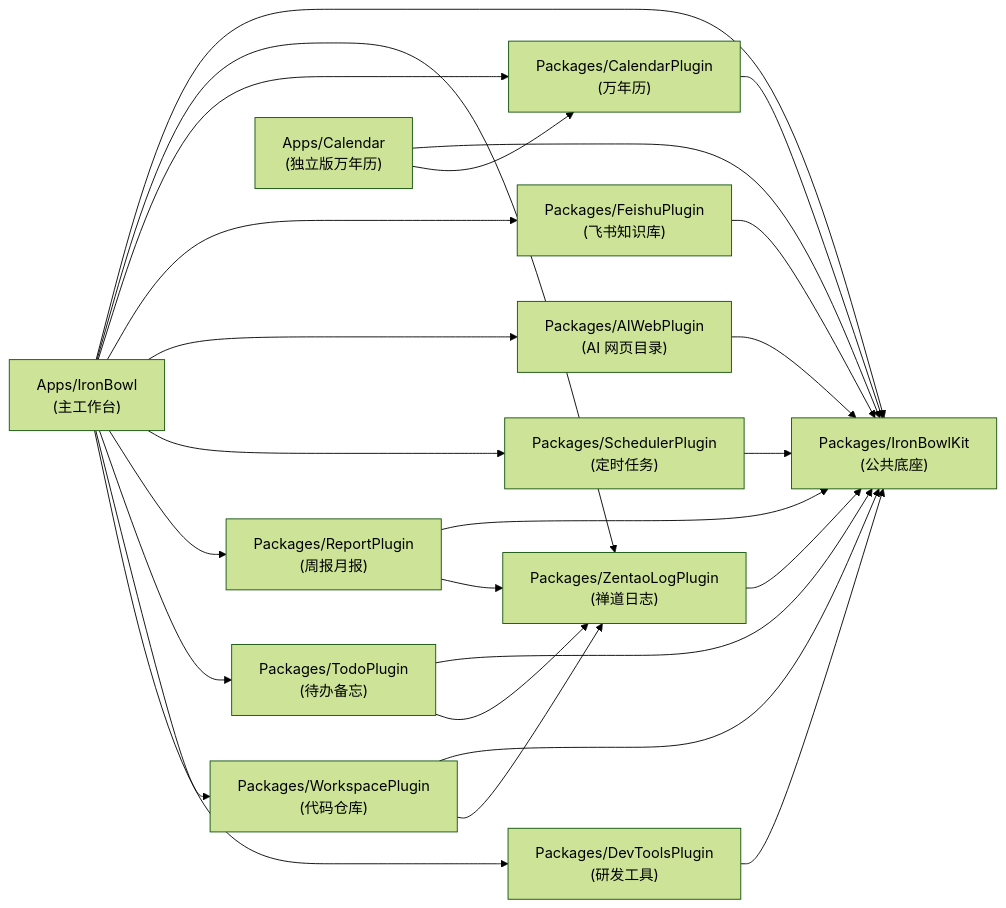
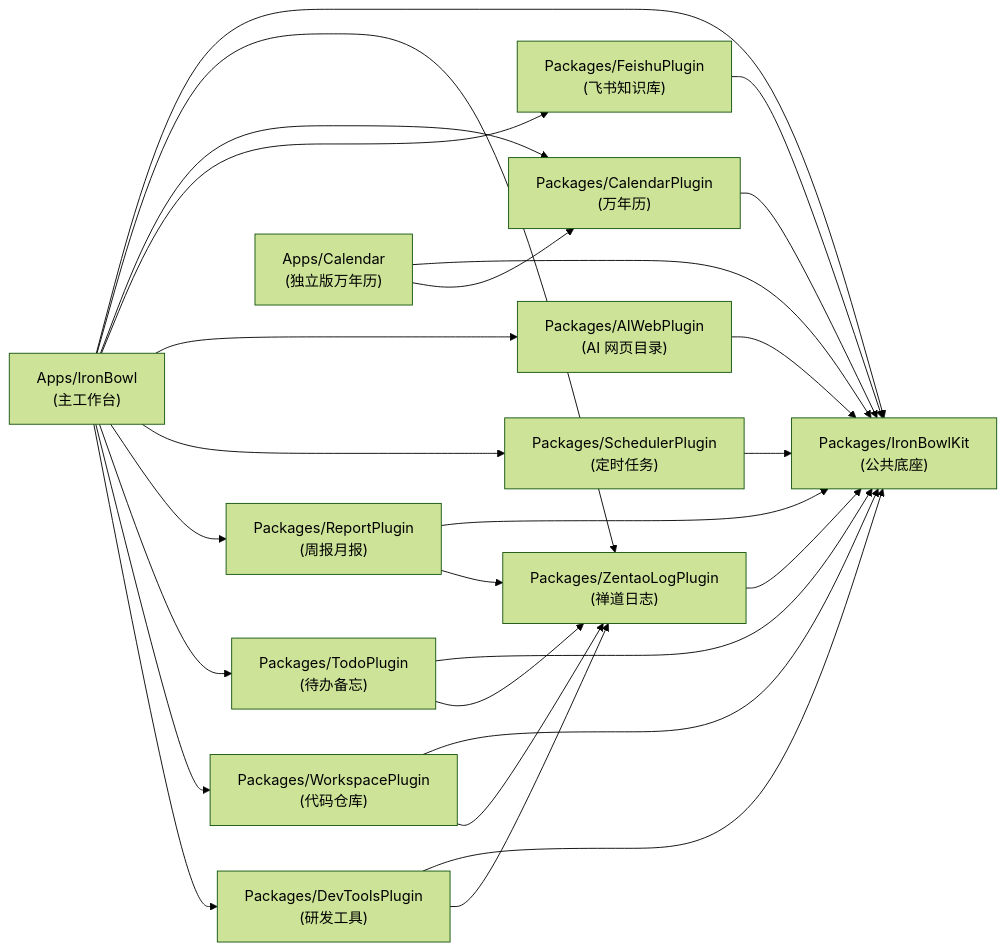
The diagram in docs/architecture/overview.md (taopaox/IronBowl), drawn with Mermaid (forest theme) before and after one commit. The commit also changed 7 other files, not shown here.

````diff
--- a/docs/architecture/overview.md
+++ b/docs/architecture/overview.md
@@ -18,29 +18,30 @@
 ```mermaid
 flowchart LR
     IronBowl["Apps/IronBowl<br/>(主工作台)"] --> IronBowlKit["Packages/IronBowlKit<br/>(公共底座)"]
     IronBowl --> ZentaoLogPlugin["Packages/ZentaoLogPlugin<br/>(禅道日志)"]
     IronBowl --> CalendarPlugin["Packages/CalendarPlugin<br/>(万年历)"]
     IronBowl --> FeishuPlugin["Packages/FeishuPlugin<br/>(飞书知识库)"]
     IronBowl --> AIWebPlugin["Packages/AIWebPlugin<br/>(AI 网页目录)"]
     IronBowl --> SchedulerPlugin["Packages/SchedulerPlugin<br/>(定时任务)"]
     IronBowl --> ReportPlugin["Packages/ReportPlugin<br/>(周报月报)"]
     IronBowl --> TodoPlugin["Packages/TodoPlugin<br/>(待办备忘)"]
     IronBowl --> WorkspacePlugin["Packages/WorkspacePlugin<br/>(代码仓库)"]
     IronBowl --> DevToolsPlugin["Packages/DevToolsPlugin<br/>(研发工具)"]
 
     CalendarApp["Apps/Calendar<br/>(独立版万年历)"] --> IronBowlKit
     CalendarApp --> CalendarPlugin
 
     ZentaoLogPlugin --> IronBowlKit
     CalendarPlugin --> IronBowlKit
     FeishuPlugin --> IronBowlKit
     AIWebPlugin --> IronBowlKit
     SchedulerPlugin --> IronBowlKit
     ReportPlugin --> IronBowlKit
     ReportPlugin --> ZentaoLogPlugin
     TodoPlugin --> IronBowlKit
     TodoPlugin --> ZentaoLogPlugin
     WorkspacePlugin --> IronBowlKit
     WorkspacePlugin --> ZentaoLogPlugin
     DevToolsPlugin --> IronBowlKit
+    DevToolsPlugin --> ZentaoLogPlugin
 ```
````
